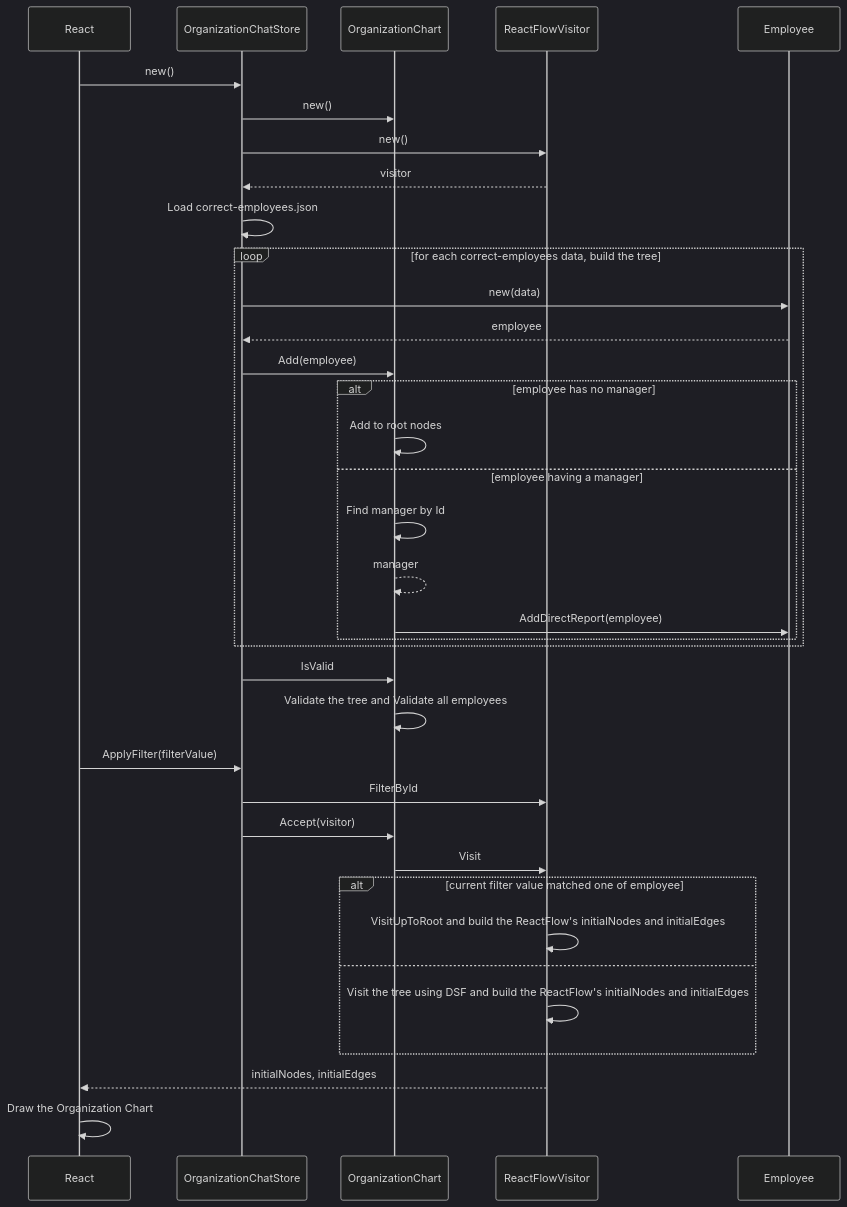
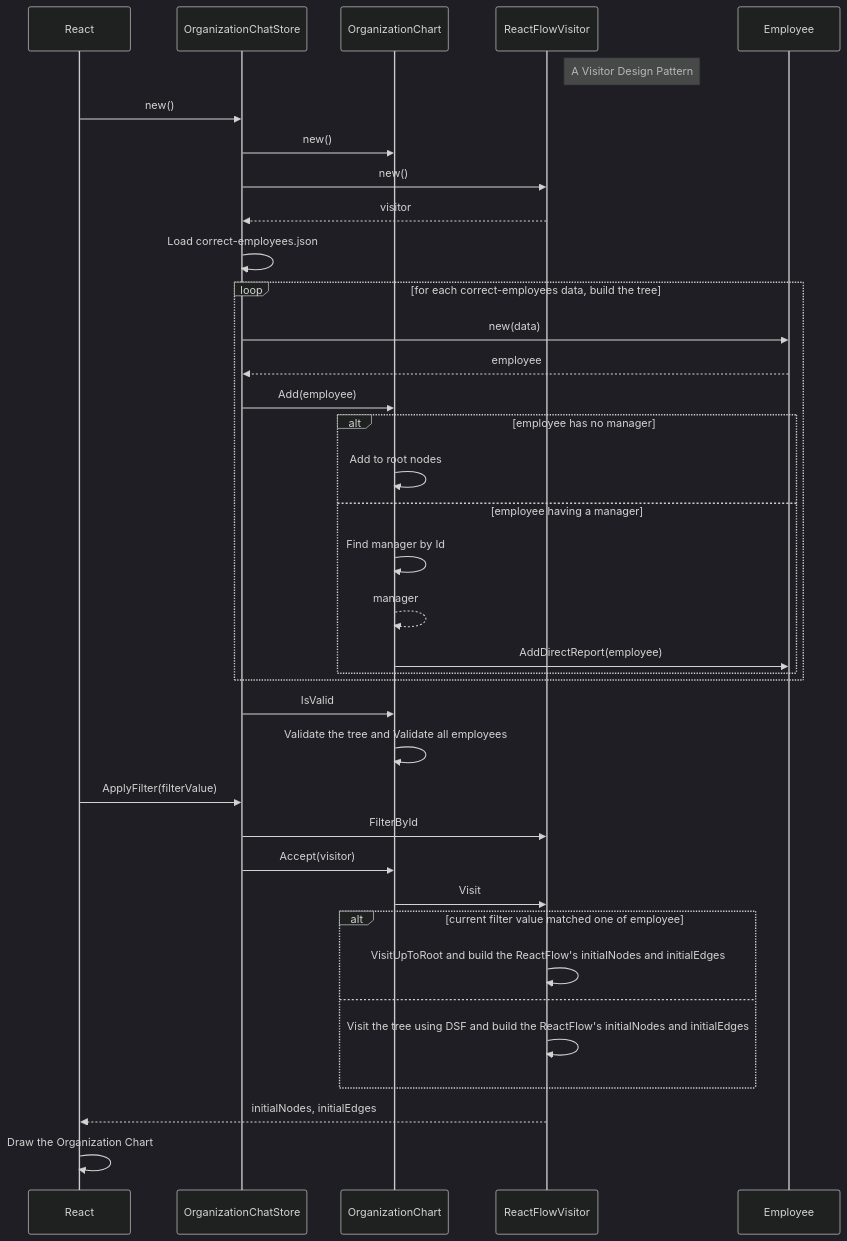
The second of 2 diagrams in README.md (irwansyahwii/ecare-test), drawn with Mermaid (dark theme) before and after one commit.

Commit message:
chore: add Note for ReactFlowVisitor

````diff
--- a/README.md
+++ b/README.md
@@ -61,37 +61,43 @@
 ```mermaid
 sequenceDiagram
+
+participant React
+participant OrganizationChatStore
+participant OrganizationChart
+participant ReactFlowVisitor
+Note right of ReactFlowVisitor: A Visitor Design Pattern
 
 React ->> OrganizationChatStore: new()
 OrganizationChatStore ->> OrganizationChart: new()
 OrganizationChatStore ->> ReactFlowVisitor: new()
 ReactFlowVisitor -->> OrganizationChatStore: visitor
 OrganizationChatStore ->> OrganizationChatStore: Load correct-employees.json
 loop for each correct-employees data, build the tree
    OrganizationChatStore ->> Employee: new(data)
    Employee -->> OrganizationChatStore: employee
    OrganizationChatStore ->> OrganizationChart: Add(employee)
    alt employee has no manager
       OrganizationChart ->> OrganizationChart: Add to root nodes
    else employee having a manager
       OrganizationChart ->> OrganizationChart: Find manager by Id
       OrganizationChart -->> OrganizationChart: manager
       OrganizationChart ->> Employee: AddDirectReport(employee)
    end
 end
 OrganizationChatStore ->> OrganizationChart: IsValid
 OrganizationChart ->> OrganizationChart: Validate the tree and Validate all employees
 
 React ->> OrganizationChatStore: ApplyFilter(filterValue)
 OrganizationChatStore ->> ReactFlowVisitor: FilterById
 OrganizationChatStore ->> OrganizationChart: Accept(visitor)
 OrganizationChart ->> ReactFlowVisitor: Visit
 alt current filter value matched one of employee
    ReactFlowVisitor ->> ReactFlowVisitor: VisitUpToRoot and build the ReactFlow's initialNodes and initialEdges
 else
    ReactFlowVisitor ->> ReactFlowVisitor: Visit the tree using DSF and build the ReactFlow's initialNodes and initialEdges
 end
 ReactFlowVisitor -->> React: initialNodes, initialEdges
 
 React ->> React: Draw the Organization Chart
 
 ```
````
